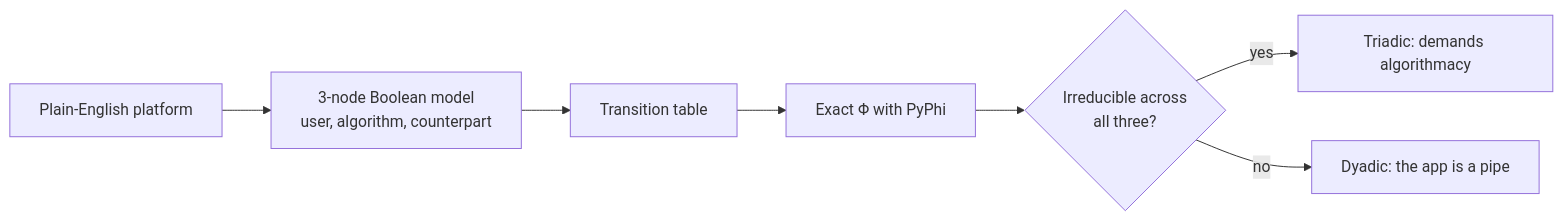
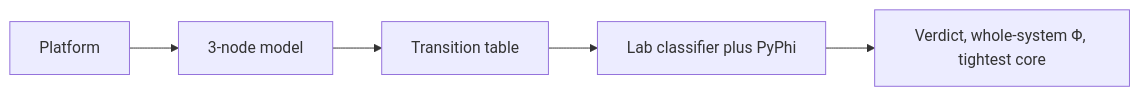
The second of 5 diagrams in README.md (Narahari2364/Algorithmacy-Coach), drawn with Mermaid before and after one commit. The commit also changed other lines of this file and 28 other files, not shown here.

First line of the commit message:
Add a what-if panel, plain-English triad copy, and a case study.

````diff
--- a/README.md
+++ b/README.md
@@ -48,9 +55,7 @@
 ```mermaid
 flowchart LR
-  A[Plain-English platform] --> M[3-node Boolean model<br/>user, algorithm, counterpart]
+  A[Platform] --> M[3-node model]
   M --> T[Transition table]
-  T --> PHI[Exact Φ with PyPhi]
-  PHI --> V{Irreducible across<br/>all three?}
-  V -- yes --> TRI[Triadic: demands algorithmacy]
-  V -- no --> DY[Dyadic: the app is a pipe]
+  T --> C[Lab classifier plus PyPhi]
+  C --> V[Verdict, whole-system Φ, tightest core]
 ```
````
